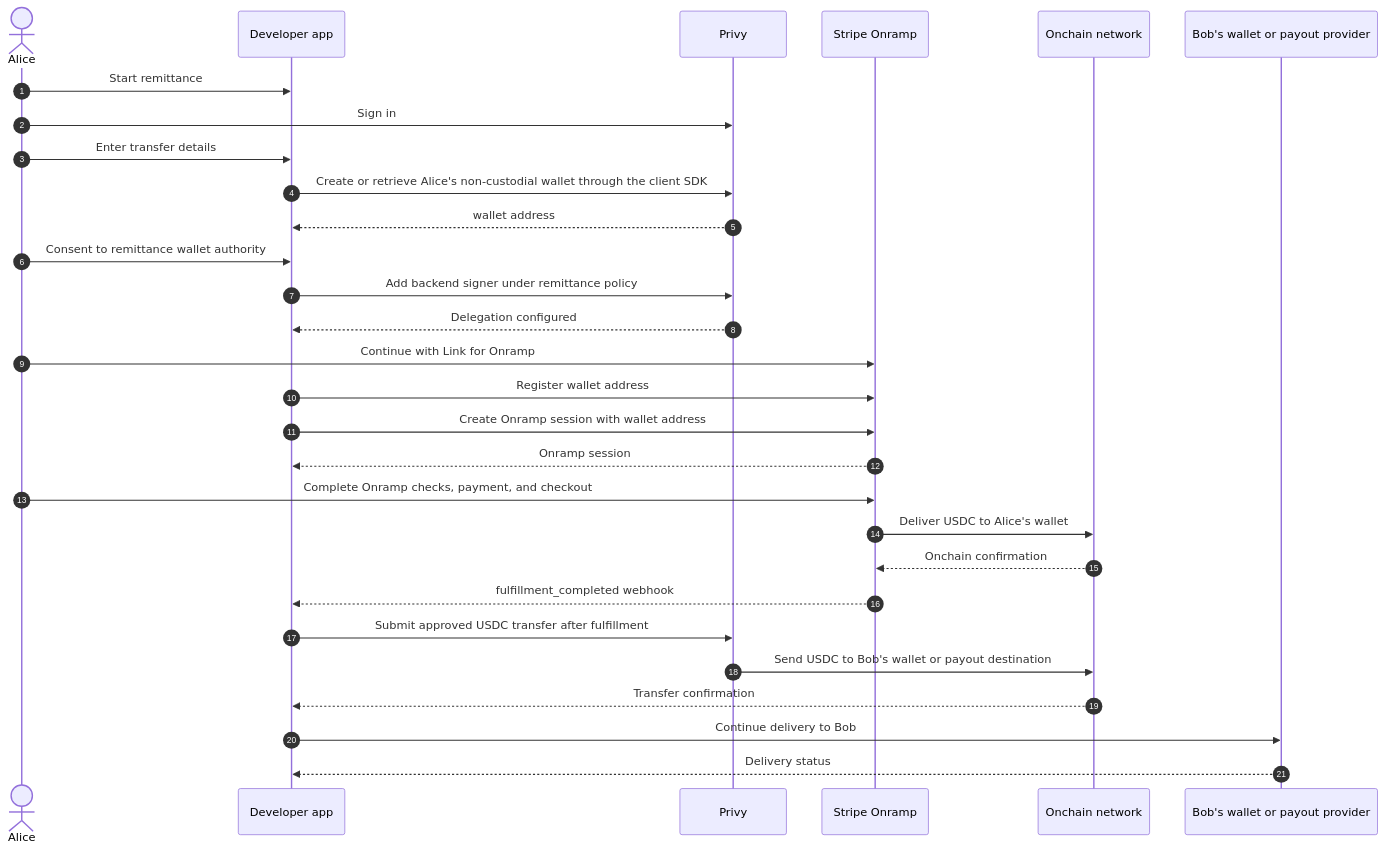
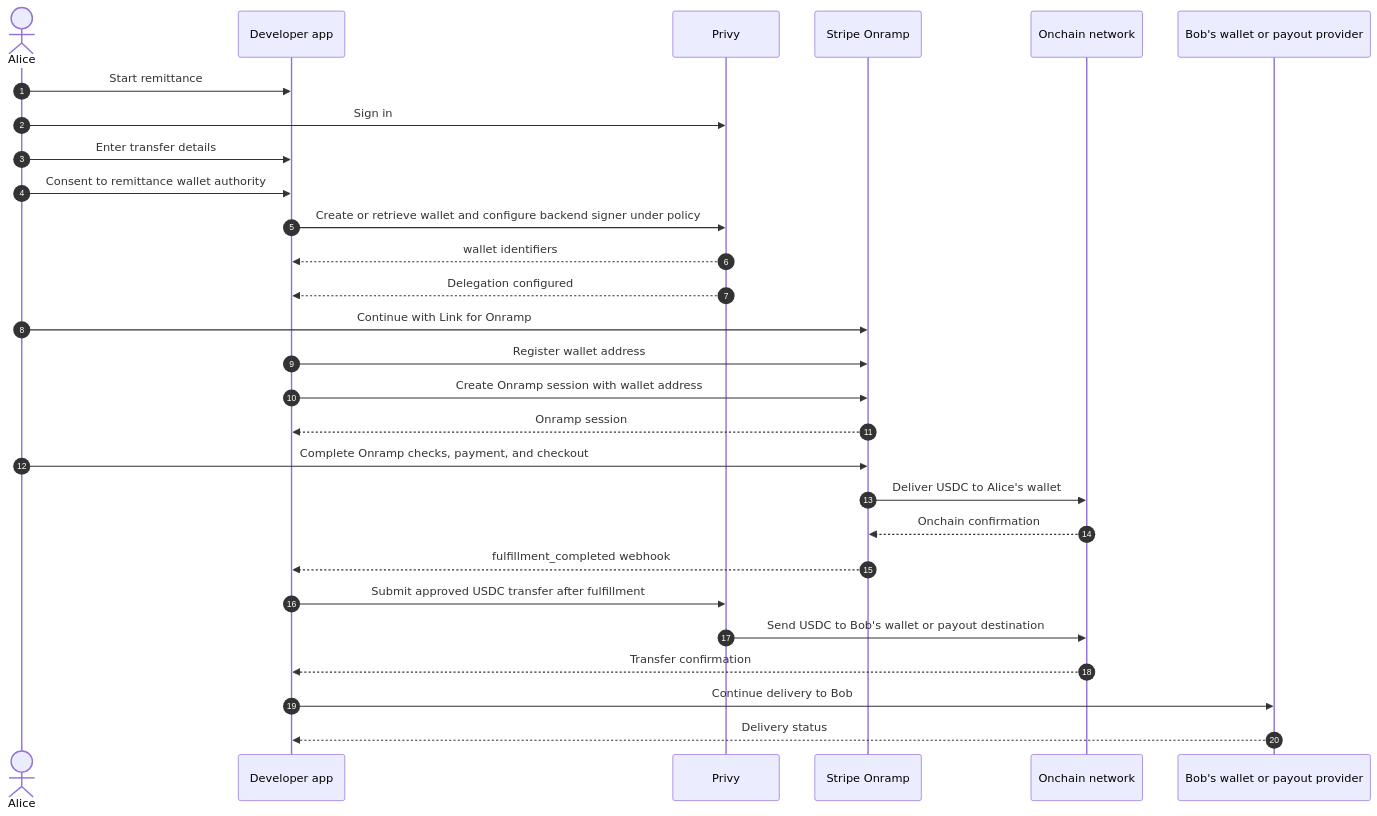
One commit to stripe-samples/crypto-embedded-components-onramp changed the diagram in remittance-privy-onramp/docs/stablecoin-remittance-recipe.md. Above: the diagram before and after it, drawn with Mermaid. The commit also changed other lines of this file and 40 other files, not shown here.

Commit message:
Add web client to the Privy + Onramp remittance sample (#42)

````diff
--- a/remittance-privy-onramp/docs/stablecoin-remittance-recipe.md
+++ b/remittance-privy-onramp/docs/stablecoin-remittance-recipe.md
@@ -43,34 +43,33 @@
 ```mermaid
 sequenceDiagram
   autonumber
   actor Alice
   participant App as Developer app
   participant Privy
   participant Stripe as Stripe Onramp
   participant Chain as Onchain network
   participant Downstream as Bob's wallet or payout provider
 
   Alice->>App: Start remittance
   Alice->>Privy: Sign in
   Alice->>App: Enter transfer details
-  App->>Privy: Create or retrieve Alice's non-custodial wallet through the client SDK
-  Privy-->>App: wallet address
   Alice->>App: Consent to remittance wallet authority
-  App->>Privy: Add backend signer under remittance policy
+  App->>Privy: Create or retrieve wallet and configure backend signer under policy
+  Privy-->>App: wallet identifiers
   Privy-->>App: Delegation configured
 
   Alice->>Stripe: Continue with Link for Onramp
   App->>Stripe: Register wallet address
   App->>Stripe: Create Onramp session with wallet address
   Stripe-->>App: Onramp session
   Alice->>Stripe: Complete Onramp checks, payment, and checkout
   Stripe->>Chain: Deliver USDC to Alice's wallet
   Chain-->>Stripe: Onchain confirmation
   Stripe-->>App: fulfillment_completed webhook
 
   App->>Privy: Submit approved USDC transfer after fulfillment
   Privy->>Chain: Send USDC to Bob's wallet or payout destination
   Chain-->>App: Transfer confirmation
   App->>Downstream: Continue delivery to Bob
   Downstream-->>App: Delivery status
 ```
````
